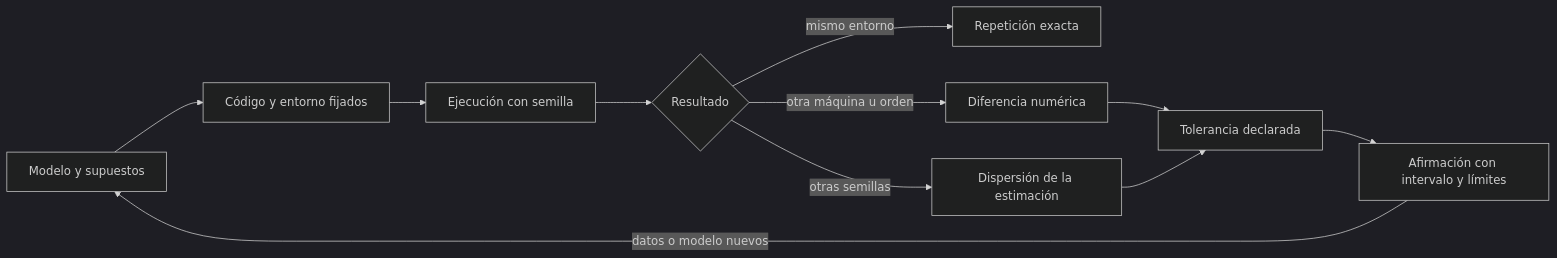
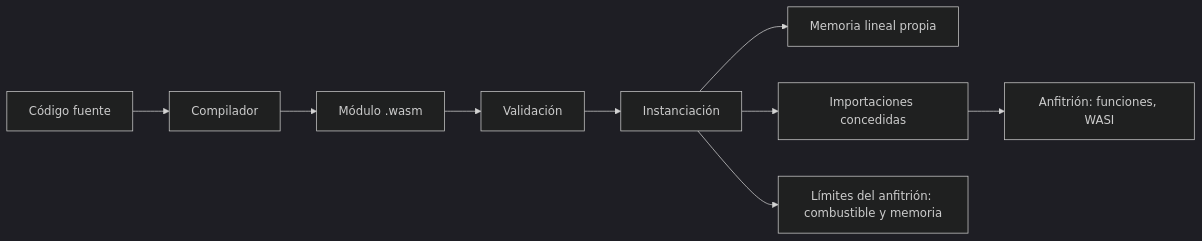
One commit to vladimiracunadev-create/modern-software-engineering-program changed the diagram in content/part-23/SE-277.md. Above: the diagram before and after it, drawn with Mermaid (dark theme). The commit also changed other lines of this file and 5193 other files, not shown here.

````diff
--- a/content/part-23/SE-277.md
+++ b/content/part-23/SE-277.md
@@ -53,13 +56,11 @@
 ```mermaid
 flowchart LR
-    A[Modelo y supuestos] --> B[Código y entorno fijados]
-    B --> C[Ejecución con semilla]
-    C --> D{Resultado}
-    D -->|mismo entorno| E[Repetición exacta]
-    D -->|otra máquina u orden| F[Diferencia numérica]
-    D -->|otras semillas| G[Dispersión de la estimación]
-    F --> H[Tolerancia declarada]
-    G --> H
-    H --> I[Afirmación con intervalo y límites]
-    I -->|datos o modelo nuevos| A
+    A[Código fuente] --> B[Compilador]
+    B --> C[Módulo .wasm]
+    C --> D[Validación]
+    D --> E[Instanciación]
+    E --> F[Memoria lineal propia]
+    E --> G[Importaciones concedidas]
+    G --> H[Anfitrión: funciones, WASI]
+    E --> I[Límites del anfitrión: combustible y memoria]
 ```
````
